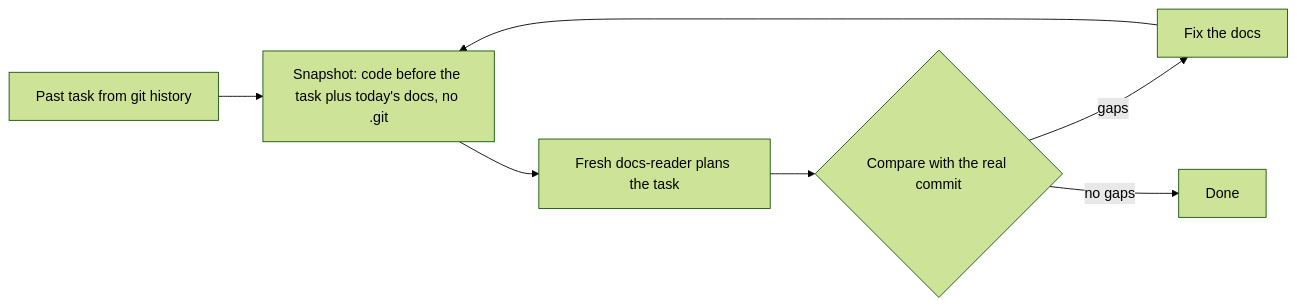
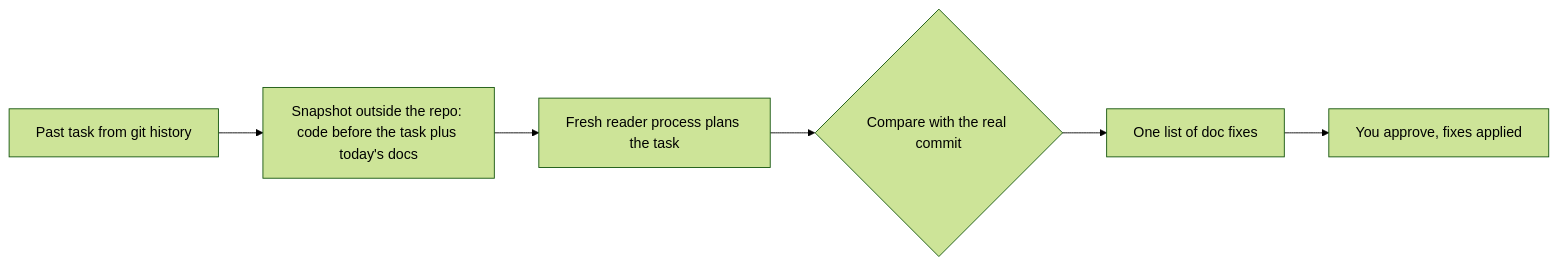
Before and after one commit to TraneDev/agent-docs-bootstrap: the diagram in README.md, drawn with Mermaid (forest theme). The commit also changed other lines of this file and 10 other files, not shown here.

First line of the commit message:
docs-check: reader as a separate process, one fix list, no rerun loop

````diff
--- a/README.md
+++ b/README.md
@@ -68,9 +68,8 @@
 ```mermaid
 flowchart LR
-    A[Past task from git history] --> B[Snapshot: code before the task plus today's docs, no .git]
-    B --> C[Fresh docs-reader plans the task]
+    A[Past task from git history] --> B[Snapshot outside the repo: code before the task plus today's docs]
+    B --> C[Fresh reader process plans the task]
     C --> D{Compare with the real commit}
-    D -- gaps --> E[Fix the docs]
-    E --> B
-    D -- no gaps --> F[Done]
+    D --> E[One list of doc fixes]
+    E --> F[You approve, fixes applied]
 ```
````
